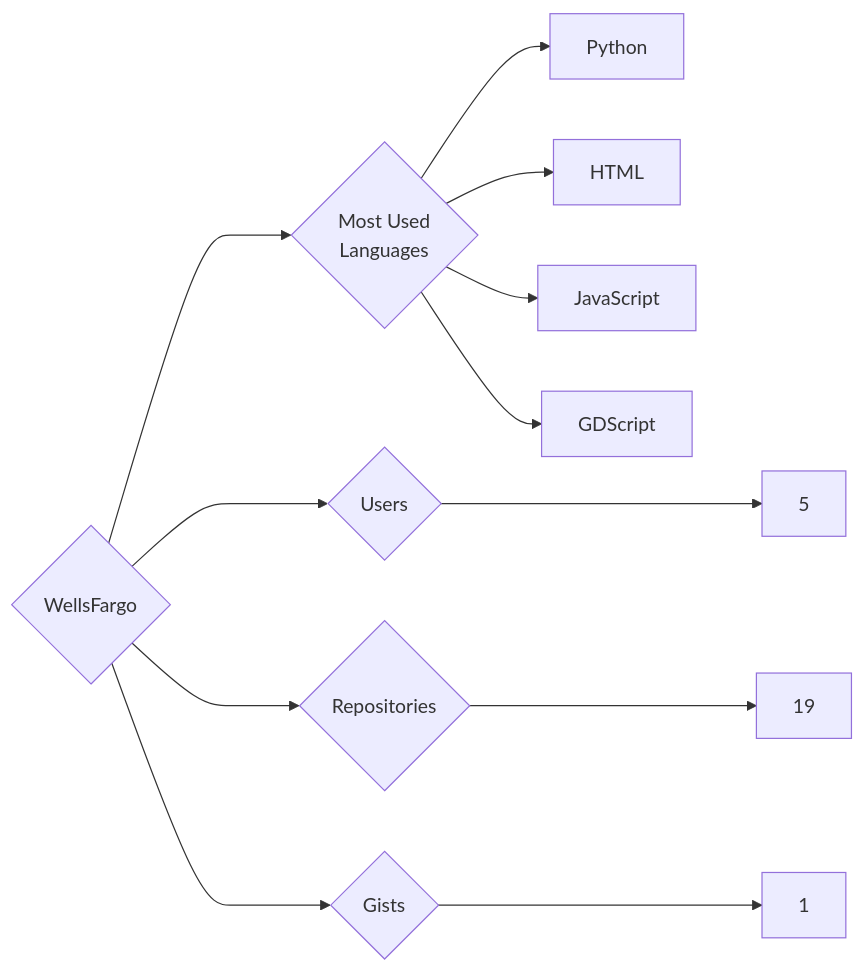
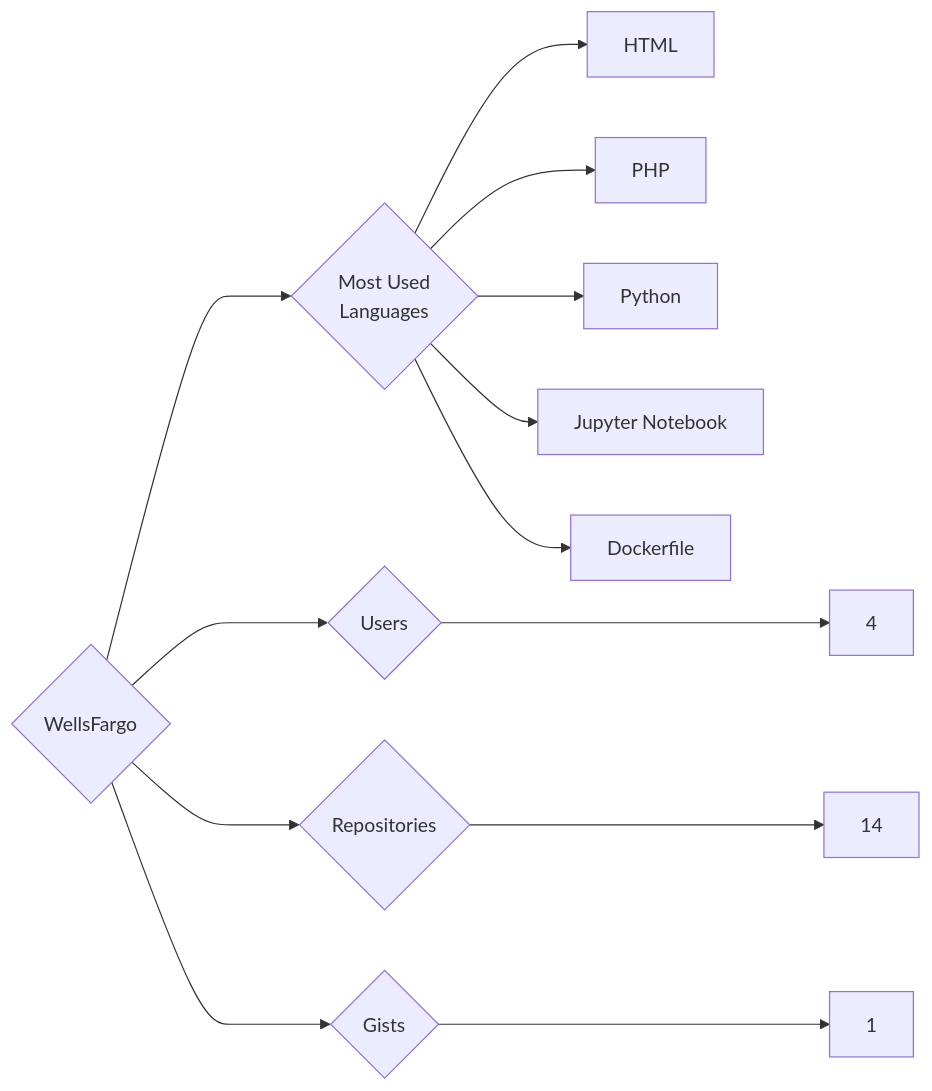
The diagram in targets/WellsFargo/README.md (trickest/insiders), drawn with Mermaid before and after one commit. The commit also changed 940 other files, not shown here.

````diff
--- a/targets/WellsFargo/README.md
+++ b/targets/WellsFargo/README.md
@@ -3,12 +3,13 @@
 ```mermaid
 graph LR
 COMPANY_NAME{WellsFargo}
-COMPANY_NAME ---> U{Users} ---> UN[5]
-COMPANY_NAME ---> R{Repositories} ---> RN[19]
+COMPANY_NAME ---> U{Users} ---> UN[4]
+COMPANY_NAME ---> R{Repositories} ---> RN[14]
 COMPANY_NAME ---> G{Gists} ---> GN[1]
 COMPANY_NAME ---> ML{Most Used<br>Languages}
+ML --> HTML[HTML]
+ML --> PHP[PHP]
 ML --> Python[Python]
-ML --> HTML[HTML]
-ML --> JavaScript[JavaScript]
-ML --> GDScript[GDScript]
+ML --> Jupyter_Notebook[Jupyter Notebook]
+ML --> Dockerfile[Dockerfile]
 ```
````
